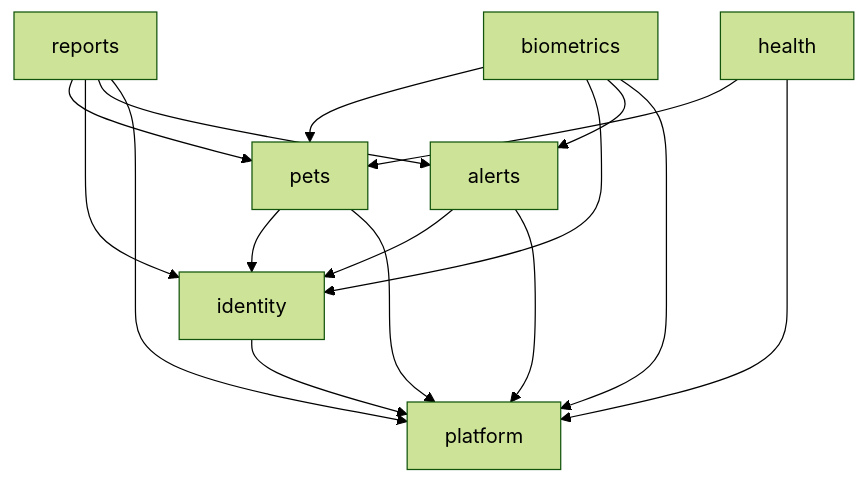
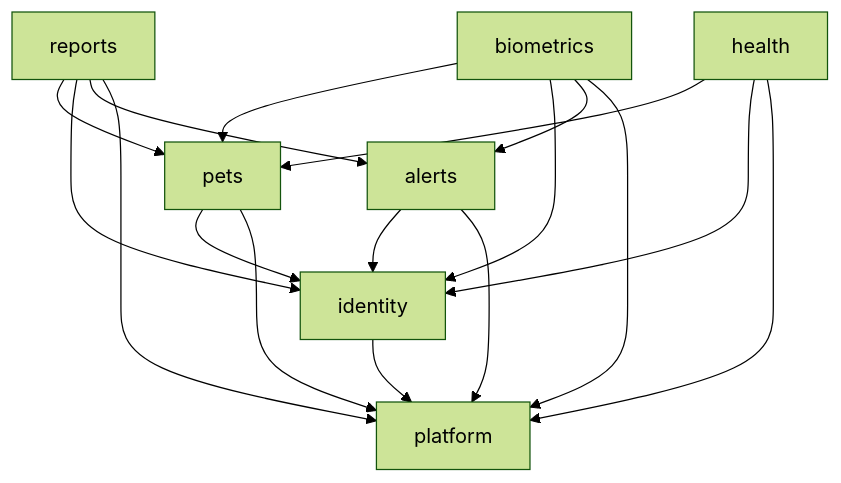
Before and after one commit to mcoldibelli/nupii: the second of 2 diagrams in docs/arquitetura.md, drawn with Mermaid (forest theme). The commit also changed other lines of this file and 20 other files, not shown here.

````diff
--- a/docs/arquitetura.md
+++ b/docs/arquitetura.md
@@ -72,18 +72,19 @@
 ```mermaid
 flowchart TD
     reports --> pets
     reports --> identity
     reports --> alerts
     biometrics --> pets
     biometrics --> identity
     biometrics --> alerts
     health --> pets
+    health --> identity
     pets --> identity
     alerts --> identity
     identity --> platform
     pets --> platform
     biometrics --> platform
     reports --> platform
     alerts --> platform
     health --> platform
 ```
````
